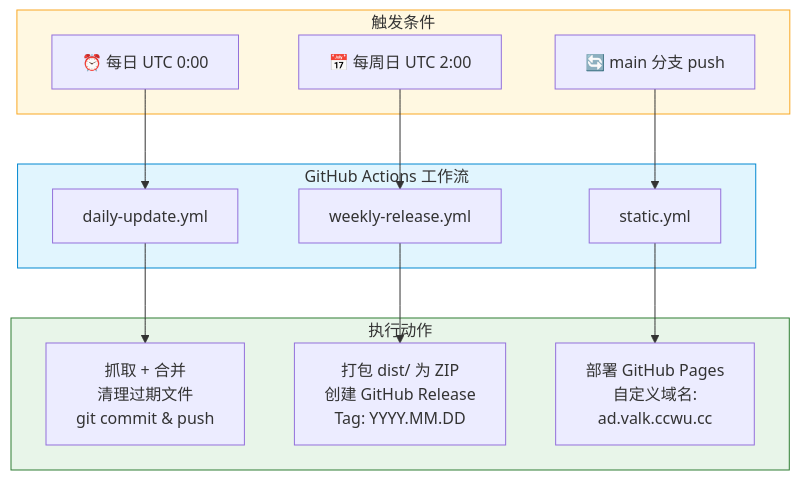
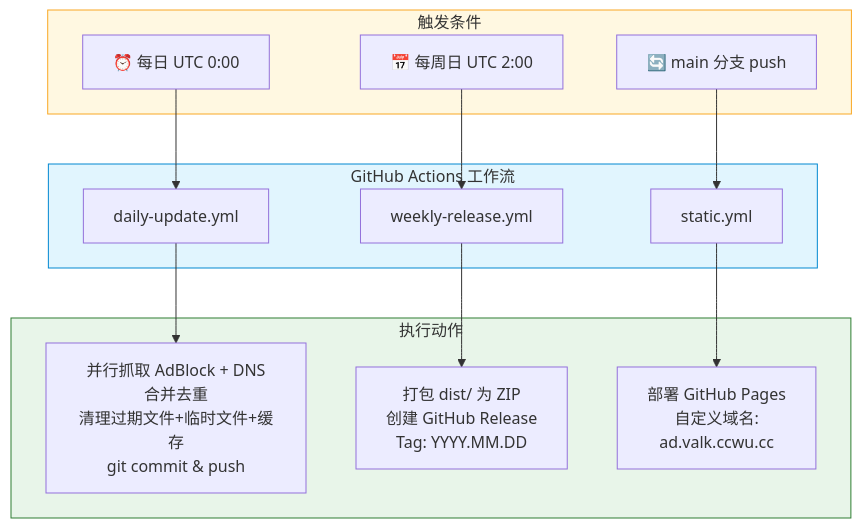
Before and after one commit to Chaniug/FilterFusion: the third of 5 diagrams in docs/PROJECT_DOCS.md, drawn with Mermaid. The commit also changed other lines of this file and 5 other files, not shown here.

````diff
--- a/docs/PROJECT_DOCS.md
+++ b/docs/PROJECT_DOCS.md
@@ -415,28 +416,28 @@
 ```mermaid
 flowchart TB
     subgraph TRIGGERS["触发条件"]
         T1["⏰ 每日 UTC 0:00"]
         T2["📅 每周日 UTC 2:00"]
         T3["🔄 main 分支 push"]
     end
 
     subgraph WORKFLOWS["GitHub Actions 工作流"]
         W1["daily-update.yml"]
         W2["weekly-release.yml"]
         W3["static.yml"]
     end
 
     subgraph ACTIONS["执行动作"]
-        A1["抓取 + 合并<br/>清理过期文件<br/>git commit & push"]
+        A1["并行抓取 AdBlock + DNS<br/>合并去重<br/>清理过期文件+临时文件+缓存<br/>git commit & push"]
         A2["打包 dist/ 为 ZIP<br/>创建 GitHub Release<br/>Tag: YYYY.MM.DD"]
         A3["部署 GitHub Pages<br/>自定义域名:<br/>ad.valk.ccwu.cc"]
     end
 
     T1 --> W1 --> A1
     T2 --> W2 --> A2
     T3 --> W3 --> A3
 
     style TRIGGERS fill:#fff8e1,stroke:#f9a825
     style WORKFLOWS fill:#e1f5fe,stroke:#0288d1
     style ACTIONS fill:#e8f5e9,stroke:#2e7d32
 ```
````
